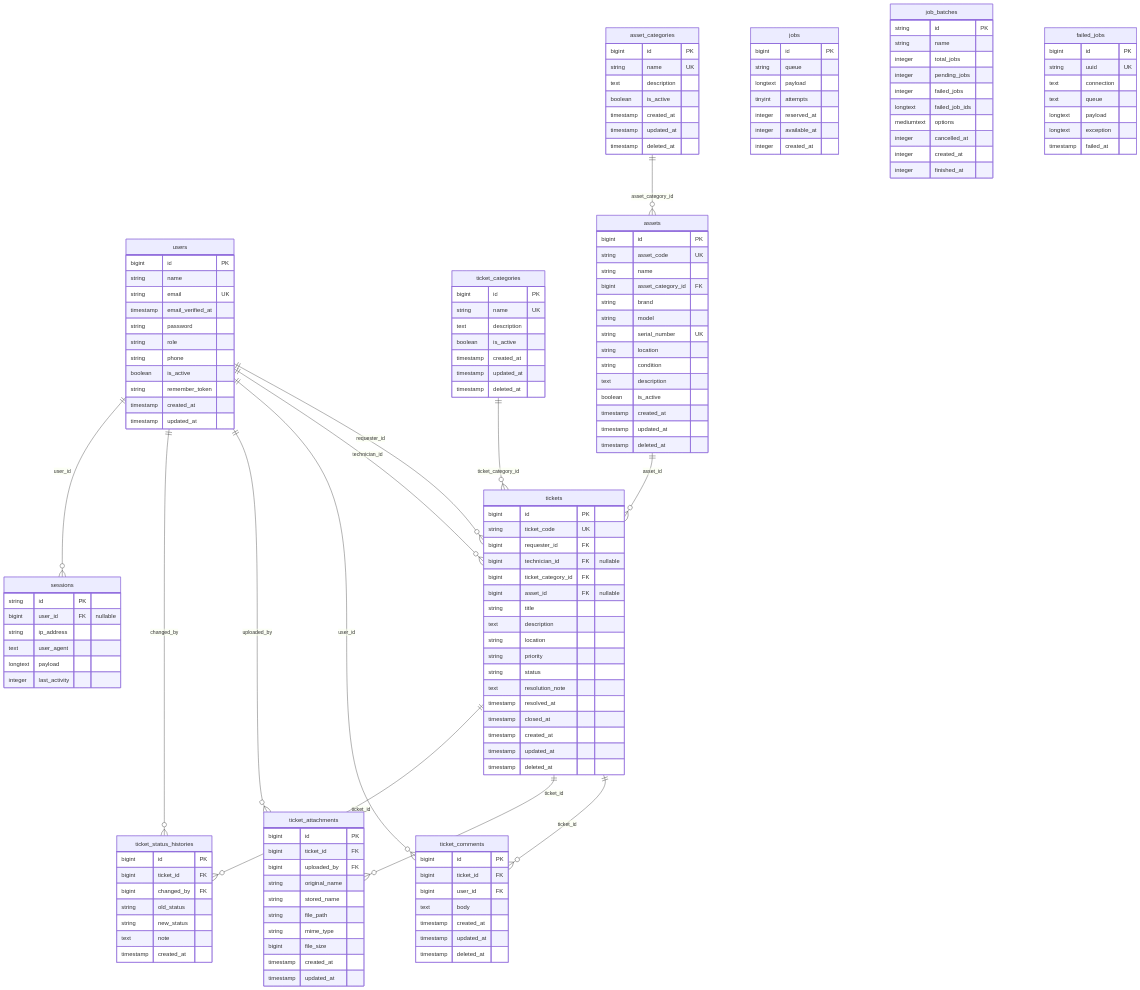
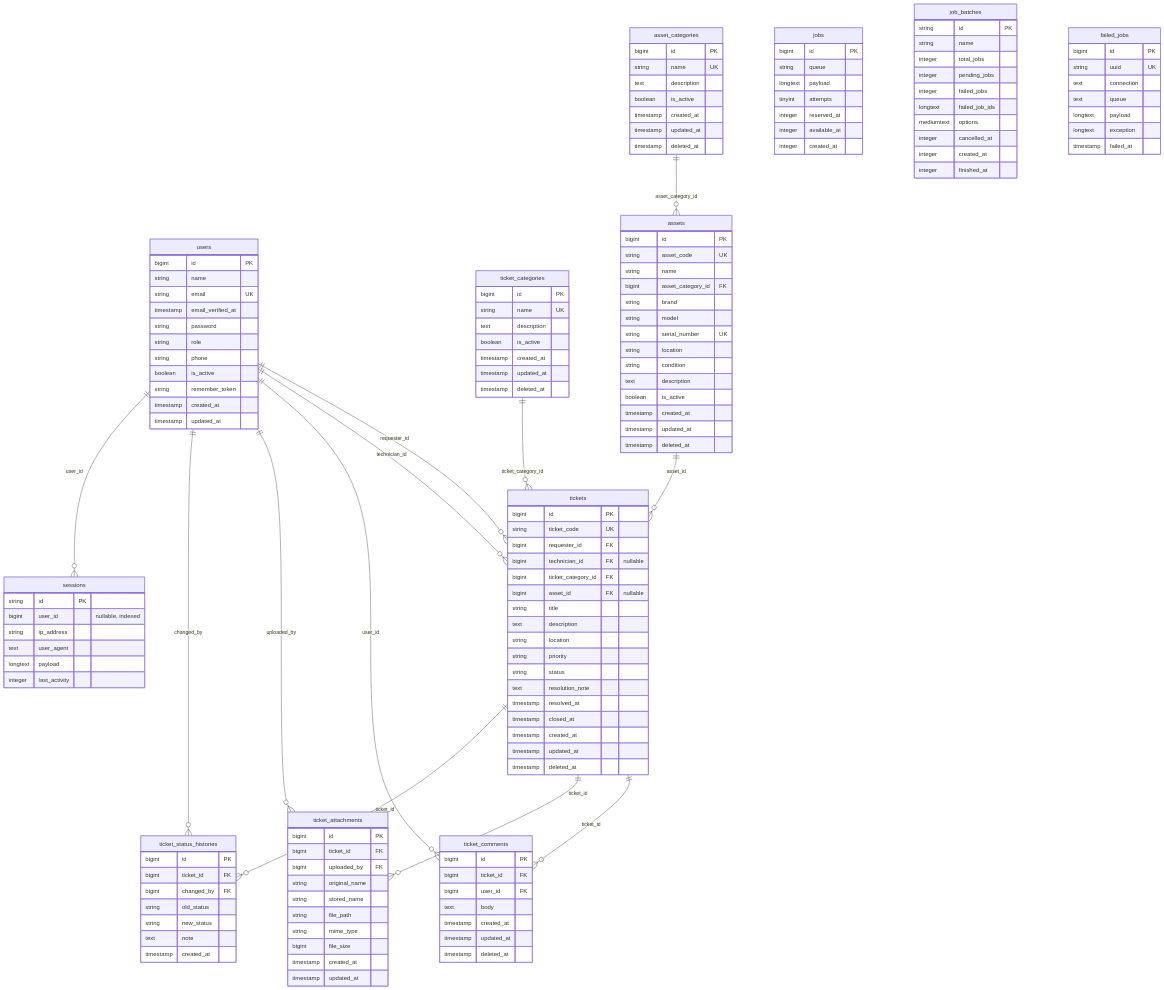
Before and after one commit to RonyPangaribuan/IT-Helpdesk-and-Asset-Management-System: the diagram in docs/ERD.md, drawn with Mermaid. The commit also changed other lines of this file and 11 other files, not shown here.

```diff
--- a/docs/ERD.md
+++ b/docs/ERD.md
@@ -110,7 +110,7 @@
 
     sessions {
         string id PK
-        bigint user_id FK "nullable"
+        bigint user_id "nullable, indexed"
         string ip_address
         text user_agent
         longtext payload
```
